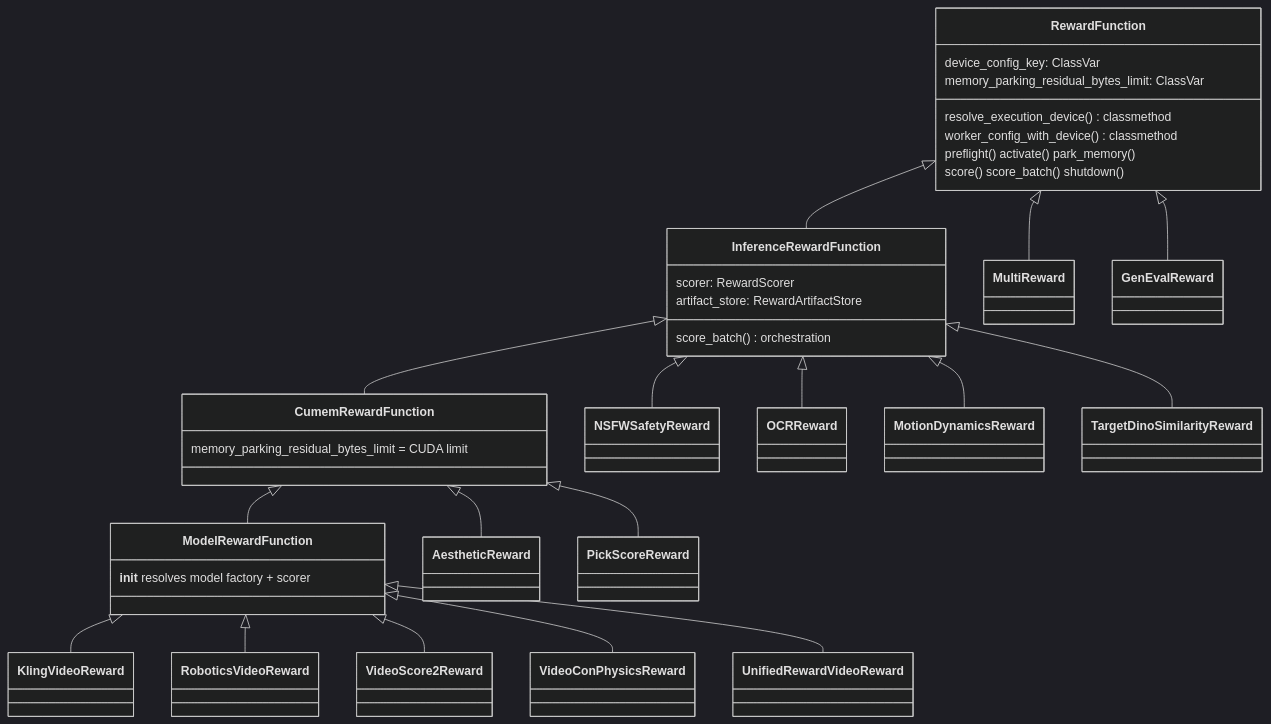
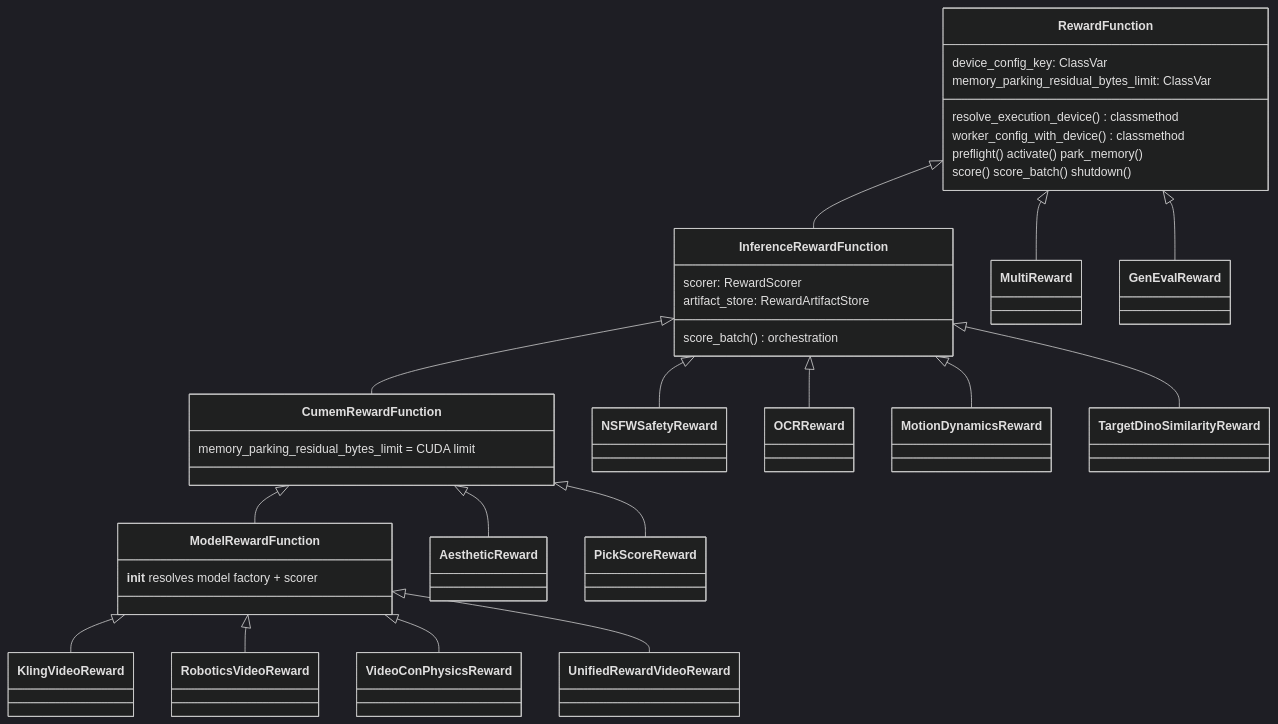
One commit to guoriyue/VRL changed the third of 3 diagrams in docs/ENGINE_ARCHITECTURE.md. Above: the diagram before and after it, drawn with Mermaid (dark theme). The commit also changed other lines of this file and 24 other files, not shown here.

First line of the commit message:
rewards: remove the VideoScore2 judge and the shared Qwen-VL judge base

````diff
--- a/docs/ENGINE_ARCHITECTURE.md
+++ b/docs/ENGINE_ARCHITECTURE.md
@@ -167,38 +167,37 @@
 ```mermaid
 classDiagram
     class RewardFunction {
         device_config_key: ClassVar
         memory_parking_residual_bytes_limit: ClassVar
         resolve_execution_device() classmethod
         worker_config_with_device() classmethod
         preflight() activate() park_memory()
         score() score_batch() shutdown()
     }
     class InferenceRewardFunction {
         scorer: RewardScorer
         artifact_store: RewardArtifactStore
         score_batch() orchestration
     }
     class CumemRewardFunction {
         memory_parking_residual_bytes_limit = CUDA limit
     }
     class ModelRewardFunction {
         __init__ resolves model factory + scorer
     }
     RewardFunction <|-- InferenceRewardFunction
     InferenceRewardFunction <|-- CumemRewardFunction
     CumemRewardFunction <|-- ModelRewardFunction
     RewardFunction <|-- MultiReward
     RewardFunction <|-- GenEvalReward
     InferenceRewardFunction <|-- NSFWSafetyReward
     InferenceRewardFunction <|-- OCRReward
     InferenceRewardFunction <|-- MotionDynamicsReward
     InferenceRewardFunction <|-- TargetDinoSimilarityReward
     CumemRewardFunction <|-- AestheticReward
     CumemRewardFunction <|-- PickScoreReward
     ModelRewardFunction <|-- KlingVideoReward
     ModelRewardFunction <|-- RoboticsVideoReward
-    ModelRewardFunction <|-- VideoScore2Reward
     ModelRewardFunction <|-- VideoConPhysicsReward
     ModelRewardFunction <|-- UnifiedRewardVideoReward
 ```
````
